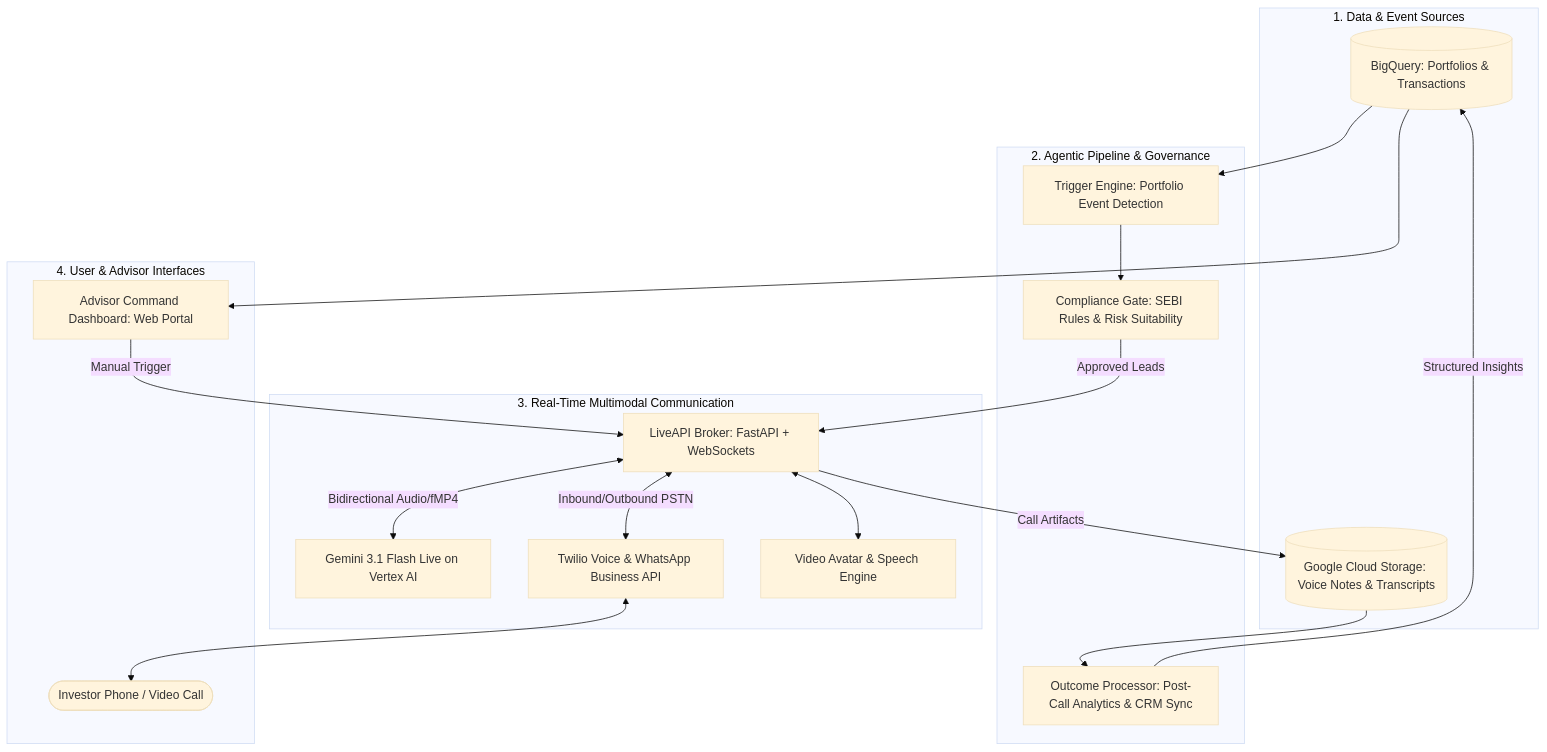
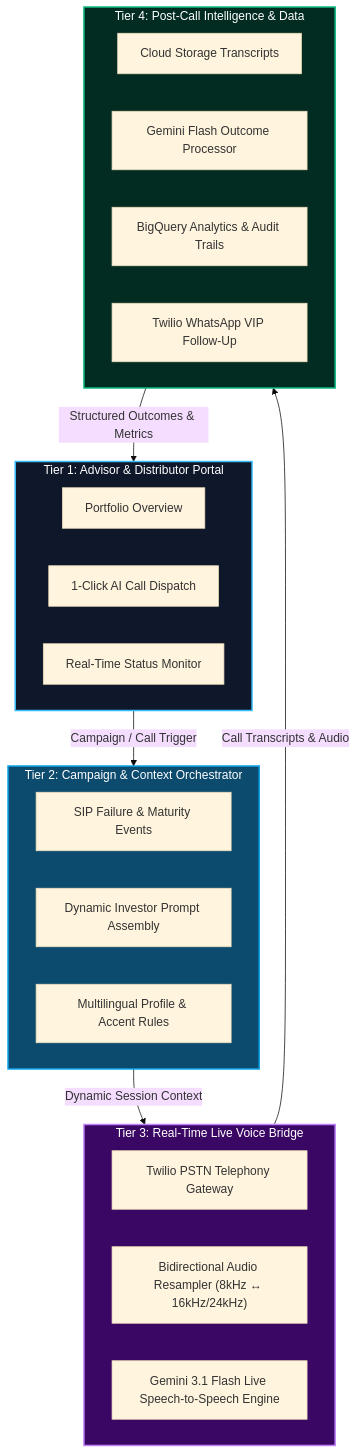
The diagram in README.md (niteshwalia0124/wealth-mgmt-platform-public), drawn with Mermaid (base theme) before and after one commit. The commit also changed other lines of this file and 1 other file, not shown here.

Commit message:
docs: align high-level 4-tier system architecture diagram with platform codebase

````diff
--- a/README.md
+++ b/README.md
@@ -28,38 +28,37 @@
 ```mermaid
-flowchart TD
-    subgraph Data_Layer["1. Data & Event Sources"]
-        BQ[(BigQuery: Portfolios & Transactions)]
-        GCS[(Google Cloud Storage: Voice Notes & Transcripts)]
+graph TD
+    subgraph Tier1["Tier 1: Advisor & Distributor Portal"]
+        P1["Portfolio Overview"]
+        P2["1-Click AI Call Dispatch"]
+        P3["Real-Time Status Monitor"]
     end
 
-    subgraph Agentic_Core["2. Agentic Pipeline & Governance"]
-        TE[Trigger Engine: Portfolio Event Detection]
-        CG[Compliance Gate: SEBI Rules & Risk Suitability]
-        OP[Outcome Processor: Post-Call Analytics & CRM Sync]
+    subgraph Tier2["Tier 2: Campaign & Context Orchestrator"]
+        C1["SIP Failure & Maturity Events"]
+        C2["Dynamic Investor Prompt Assembly"]
+        C3["Multilingual Profile & Accent Rules"]
     end
 
-    subgraph Live_Streaming["3. Real-Time Multimodal Communication"]
-        Broker[LiveAPI Broker: FastAPI + WebSockets]
-        Gemini[Gemini 3.1 Flash Live on Vertex AI]
-        Twilio[Twilio Voice & WhatsApp Business API]
-        Avatar[Video Avatar & Speech Engine]
+    subgraph Tier3["Tier 3: Real-Time Live Voice Bridge"]
+        V1["Twilio PSTN Telephony Gateway"]
+        V2["Bidirectional Audio Resampler (8kHz ↔ 16kHz/24kHz)"]
+        V3["Gemini 3.1 Flash Live Speech-to-Speech Engine"]
     end
 
-    subgraph Presentation_Layer["4. User & Advisor Interfaces"]
-        Investor([Investor Phone / Video Call])
-        Dashboard[Advisor Command Dashboard: Web Portal]
+    subgraph Tier4["Tier 4: Post-Call Intelligence & Data"]
+        D1["Cloud Storage Transcripts"]
+        D2["Gemini Flash Outcome Processor"]
+        D3["BigQuery Analytics & Audit Trails"]
+        D4["Twilio WhatsApp VIP Follow-Up"]
     end
 
-    BQ --> TE
-    TE --> CG
-    CG -->|Approved Leads| Broker
-    Broker <-->|Bidirectional Audio/fMP4| Gemini
-    Broker <-->|Inbound/Outbound PSTN| Twilio
-    Twilio <--> Investor
-    Broker <--> Avatar
-    Broker -->|Call Artifacts| GCS
-    GCS --> OP
-    OP -->|Structured Insights| BQ
-    BQ --> Dashboard
-    Dashboard -->|Manual Trigger| Broker
+    Tier1 -->|Campaign / Call Trigger| Tier2
+    Tier2 -->|Dynamic Session Context| Tier3
+    Tier3 -->|Call Transcripts & Audio| Tier4
+    Tier4 -->|Structured Outcomes & Metrics| Tier1
+
+    style Tier1 fill:#0f172a,stroke:#38bdf8,stroke-width:2px,color:#fff
+    style Tier2 fill:#0c4a6e,stroke:#0ea5e9,stroke-width:2px,color:#fff
+    style Tier3 fill:#3b0764,stroke:#c084fc,stroke-width:2px,color:#fff
+    style Tier4 fill:#022c22,stroke:#10b981,stroke-width:2px,color:#fff
 ```
````
